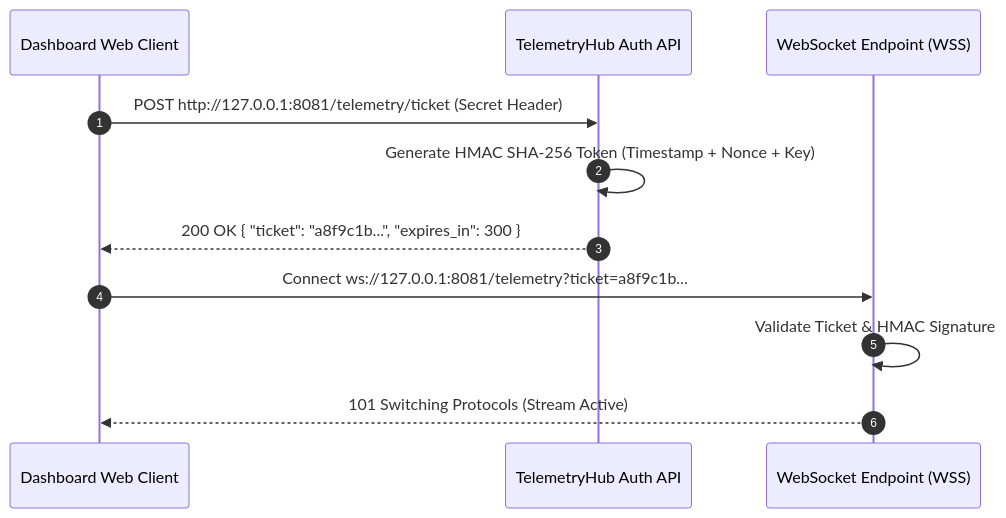
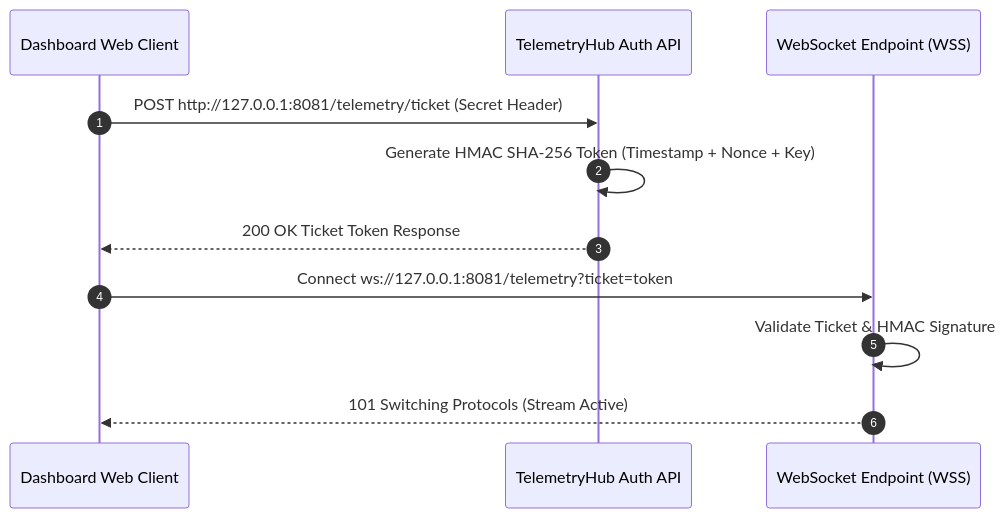
One commit to utczbr/Matrix_Factory changed the diagram in docs/api-and-protocols/websocket-telemetry.md. Above: the diagram before and after it, drawn with Mermaid. The commit also changed 26 other files, not shown here.

Commit message:
fix(docs): resolve Mermaid syntax warnings and clean LaTeX math parsing across all pages

````diff
--- a/docs/api-and-protocols/websocket-telemetry.md
+++ b/docs/api-and-protocols/websocket-telemetry.md
@@ -11,14 +11,14 @@
 ```mermaid
 sequenceDiagram
     autonumber
     participant Client as Dashboard Web Client
     participant Auth as TelemetryHub Auth API
     participant WS as WebSocket Endpoint (WSS)
 
     Client->>Auth: POST http://127.0.0.1:8081/telemetry/ticket (Secret Header)
     Auth->>Auth: Generate HMAC SHA-256 Token (Timestamp + Nonce + Key)
-    Auth-->>Client: 200 OK { "ticket": "a8f9c1b...", "expires_in": 300 }
-    Client->>WS: Connect ws://127.0.0.1:8081/telemetry?ticket=a8f9c1b...
+    Auth-->>Client: 200 OK Ticket Token Response
+    Client->>WS: Connect ws://127.0.0.1:8081/telemetry?ticket=token
     WS->>WS: Validate Ticket & HMAC Signature
     WS-->>Client: 101 Switching Protocols (Stream Active)
 ```
````
